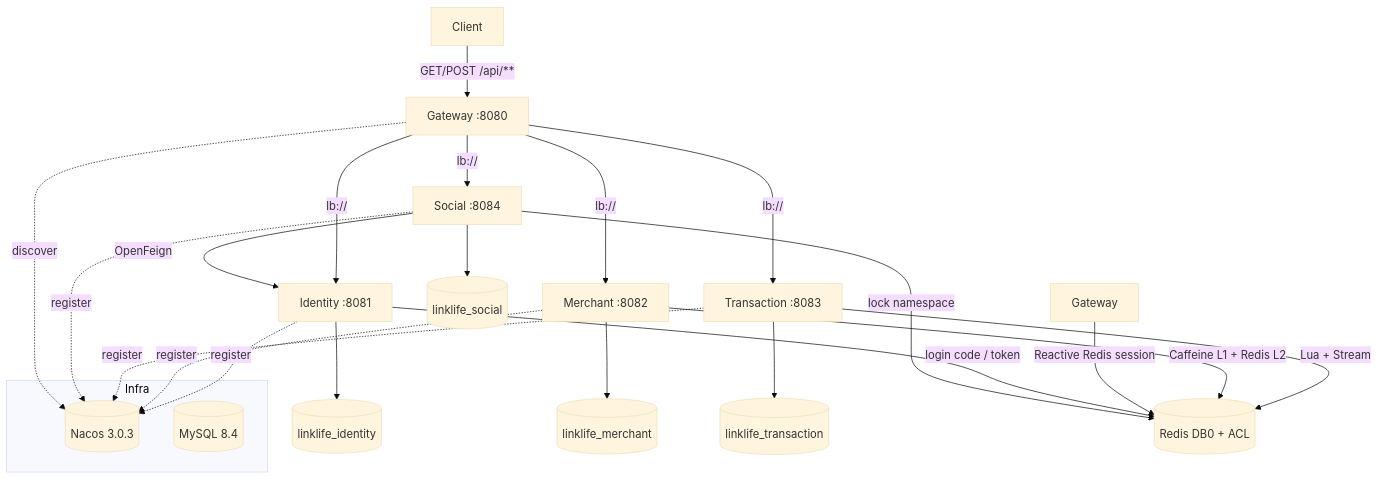
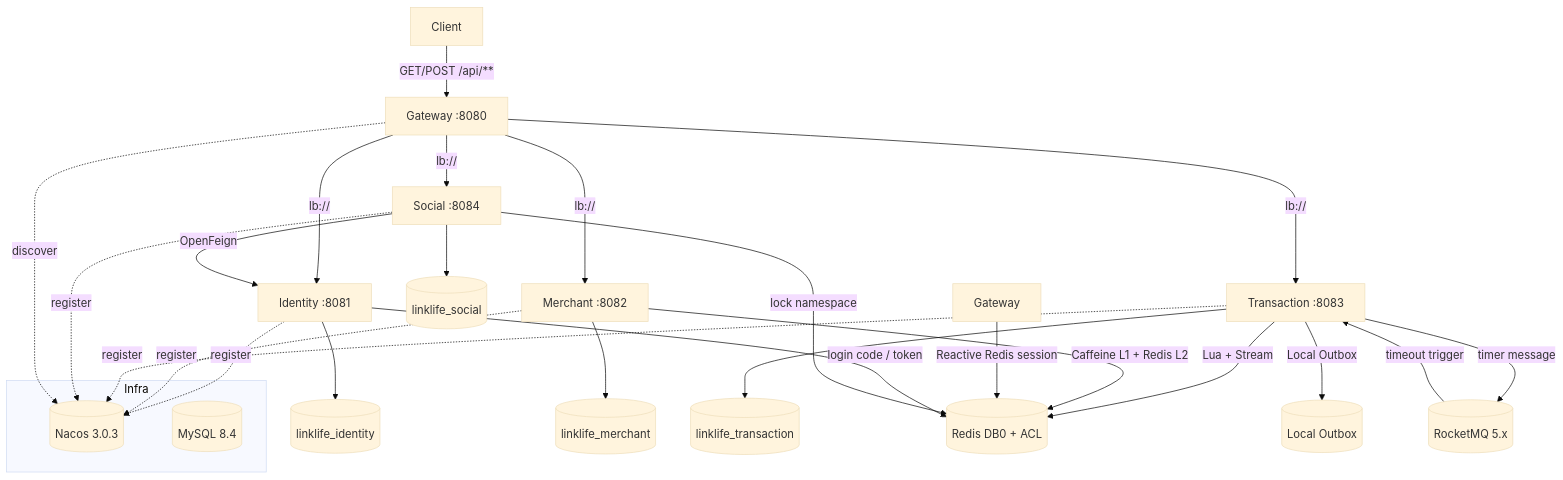
Before and after one commit to ccy777/LinkLife: the diagram in docs/architecture.md, drawn with Mermaid (base theme). The commit also changed other lines of this file and 375 other files, not shown here.

````diff
--- a/docs/architecture.md
+++ b/docs/architecture.md
@@ -7,27 +7,30 @@
 ```mermaid
 flowchart TB
     Client[Client] -->|GET/POST /api/**| GW[Gateway :8080]
     GW -->|lb://| Identity[Identity :8081]
     GW -->|lb://| Merchant[Merchant :8082]
     GW -->|lb://| Transaction[Transaction :8083]
     GW -->|lb://| Social[Social :8084]
     Identity --> IDB[(linklife_identity)]
     Merchant --> MDB[(linklife_merchant)]
     Transaction --> TDB[(linklife_transaction)]
     Social --> SDB[(linklife_social)]
     Social -->|OpenFeign| Identity
     Transaction -->|Lua + Stream| Redis[(Redis DB0 + ACL)]
+    Transaction -->|Local Outbox| OB[(Local Outbox)]
+    Transaction -->|timer message| RMQ[(RocketMQ 5.x)]
     Merchant -->|Caffeine L1 + Redis L2| Redis
     Gateway -->|Reactive Redis session| Redis
     Identity -->|login code / token| Redis
     Social -->|lock namespace| Redis
+    RMQ -->|timeout trigger| Transaction
     subgraph Infra
         Nacos[(Nacos 3.0.3)]
         MySQL[(MySQL 8.4)]
     end
     Identity -.register.-> Nacos
     Merchant -.register.-> Nacos
     Transaction -.register.-> Nacos
     Social -.register.-> Nacos
     GW -.discover.-> Nacos
 ```
````
